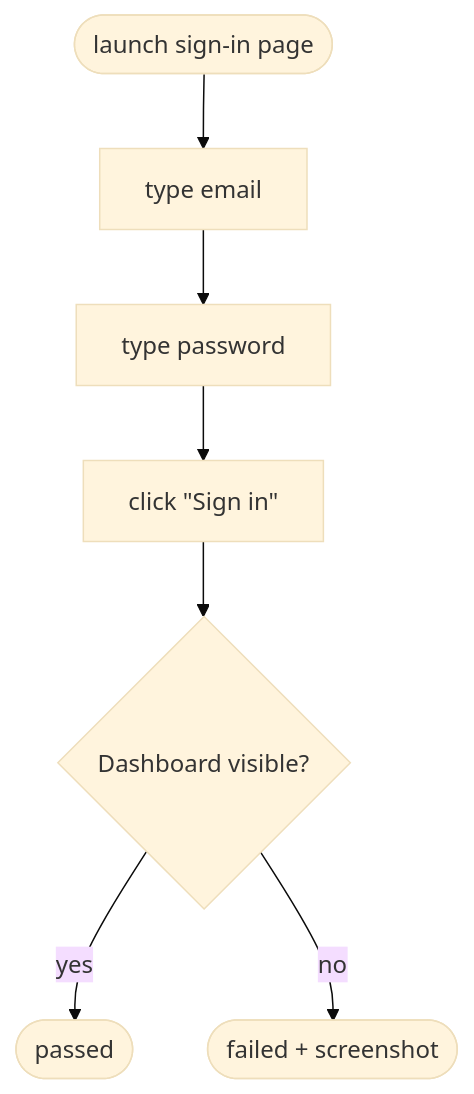
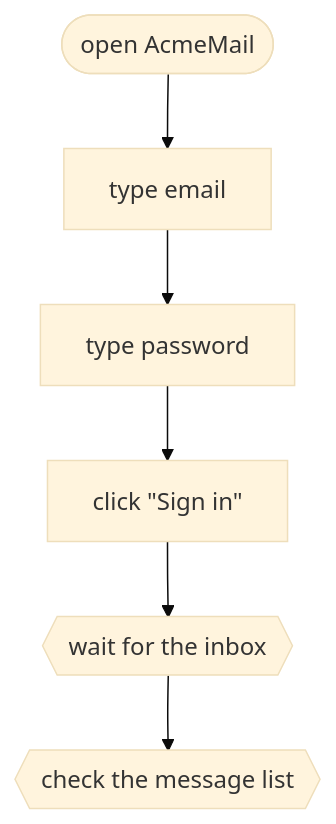
Before and after one commit to dev-pikapik/JEVision: the diagram in README.md, drawn with Mermaid (base theme). The commit also changed other lines of this file and 82 other files, not shown here.

Commit message:
feat: add Rust core, runner, CLI and macOS app with flow editor

````diff
--- a/README.md
+++ b/README.md
@@ -35,9 +35,8 @@
 ```mermaid
 flowchart TD
-    open([launch sign-in page]) --> email[type email]
+    open([open AcmeMail]) --> email[type email]
     email --> password[type password]
     password --> submit[click &quot;Sign in&quot;]
-    submit --> check{Dashboard visible?}
-    check -- yes --> pass([passed])
-    check -- no --> fail([failed + screenshot])
+    submit --> inbox{{wait for the inbox}}
+    inbox --> messages{{check the message list}}
 ```
````
